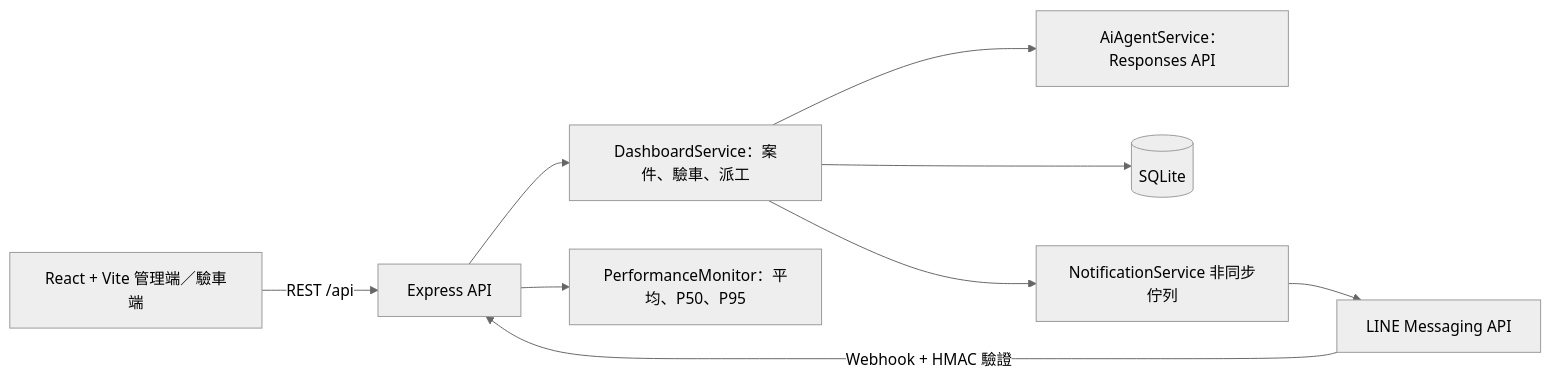
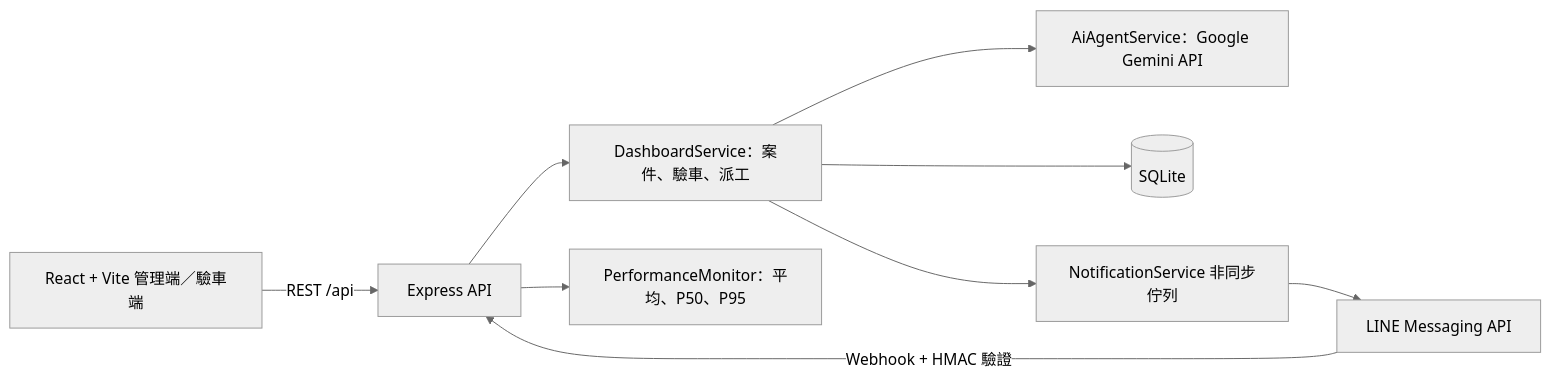
One commit to yyyunx/iRent-AI-Dashboard changed the diagram in ARCHITECTURE.md. Above: the diagram before and after it, drawn with Mermaid (neutral theme). The commit also changed other lines of this file and 15 other files, not shown here.

Commit message:
Migrate AI agent to Google Gemini

````diff
--- a/ARCHITECTURE.md
+++ b/ARCHITECTURE.md
@@ -3,11 +3,11 @@
 ```mermaid
 flowchart LR
   UI[React + Vite 管理端／驗車端] -->|REST /api| API[Express API]
   API --> Domain[DashboardService：案件、驗車、派工]
-  Domain --> Agent[AiAgentService：Responses API]
+  Domain --> Agent[AiAgentService：Google Gemini API]
   Domain --> DB[(SQLite)]
   Domain --> Queue[NotificationService 非同步佇列]
   Queue --> LINE[LINE Messaging API]
   LINE -->|Webhook + HMAC 驗證| API
   API --> Metrics[PerformanceMonitor：平均、P50、P95]
 ```
````
